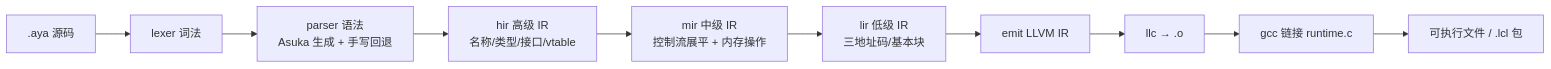
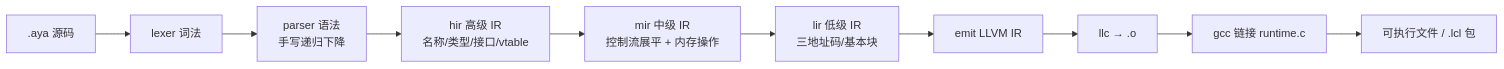
The first of 4 diagrams in docs/knowledge-graph.md (ayanami1ei/Ayanami-language), drawn with Mermaid before and after one commit. The commit also changed other lines of this file and 5 other files, not shown here.

First line of the commit message:
docs: 移除 Asuka/生成解析器残留描述；刷新符号地图与模块图

````diff
--- a/docs/knowledge-graph.md
+++ b/docs/knowledge-graph.md
@@ -24,12 +24,12 @@
 ```mermaid
 graph LR
     SRC[.aya 源码] --> LEX[lexer 词法]
-    LEX --> PAR[parser 语法<br/>Asuka 生成 + 手写回退]
+    LEX --> PAR[parser 语法<br/>手写递归下降]
     PAR --> HIR[hir 高级 IR<br/>名称/类型/接口/vtable]
     HIR --> MIR[mir 中级 IR<br/>控制流展平 + 内存操作]
     MIR --> LIR[lir 低级 IR<br/>三地址码/基本块]
     LIR --> EMIT[emit LLVM IR]
     EMIT --> LLC[llc → .o]
     LLC --> GCC[gcc 链接 runtime.c]
     GCC --> EXE[可执行文件 / .lcl 包]
 ```
````
